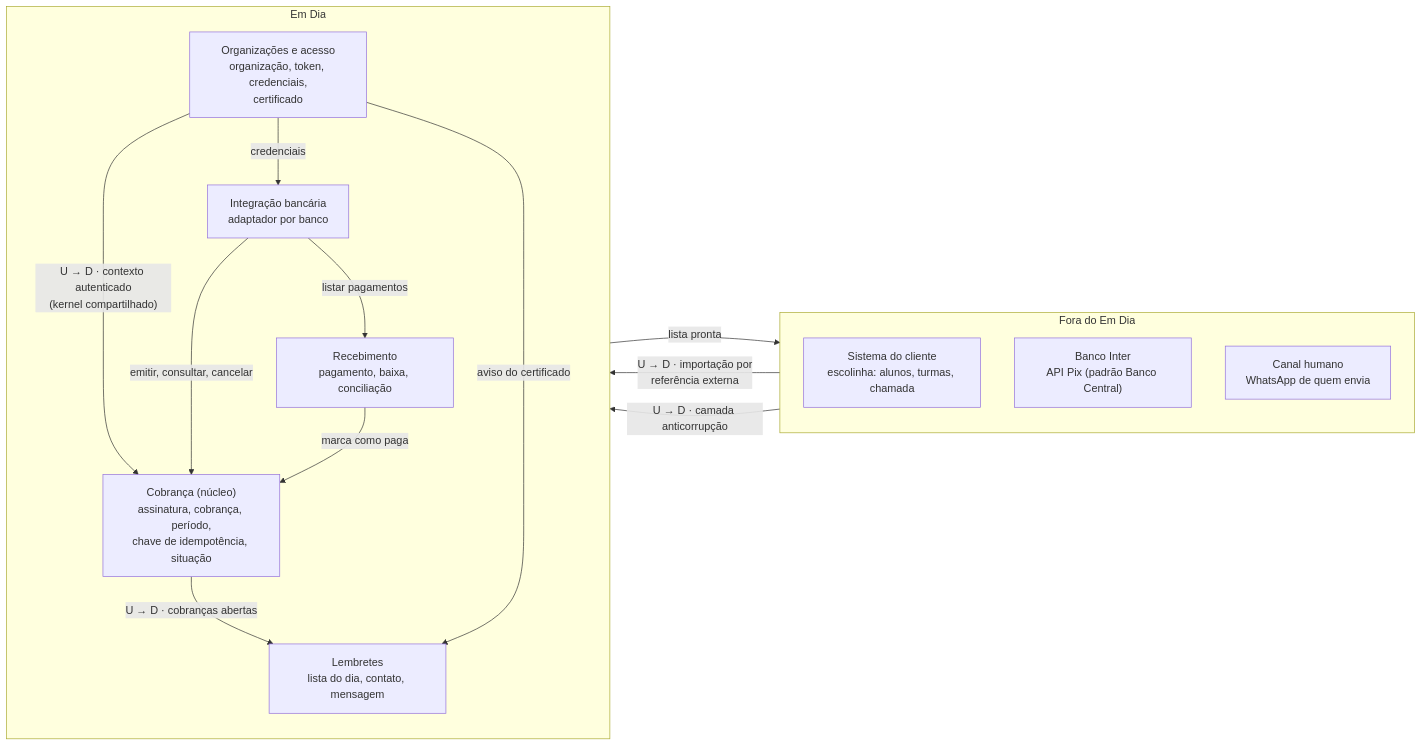
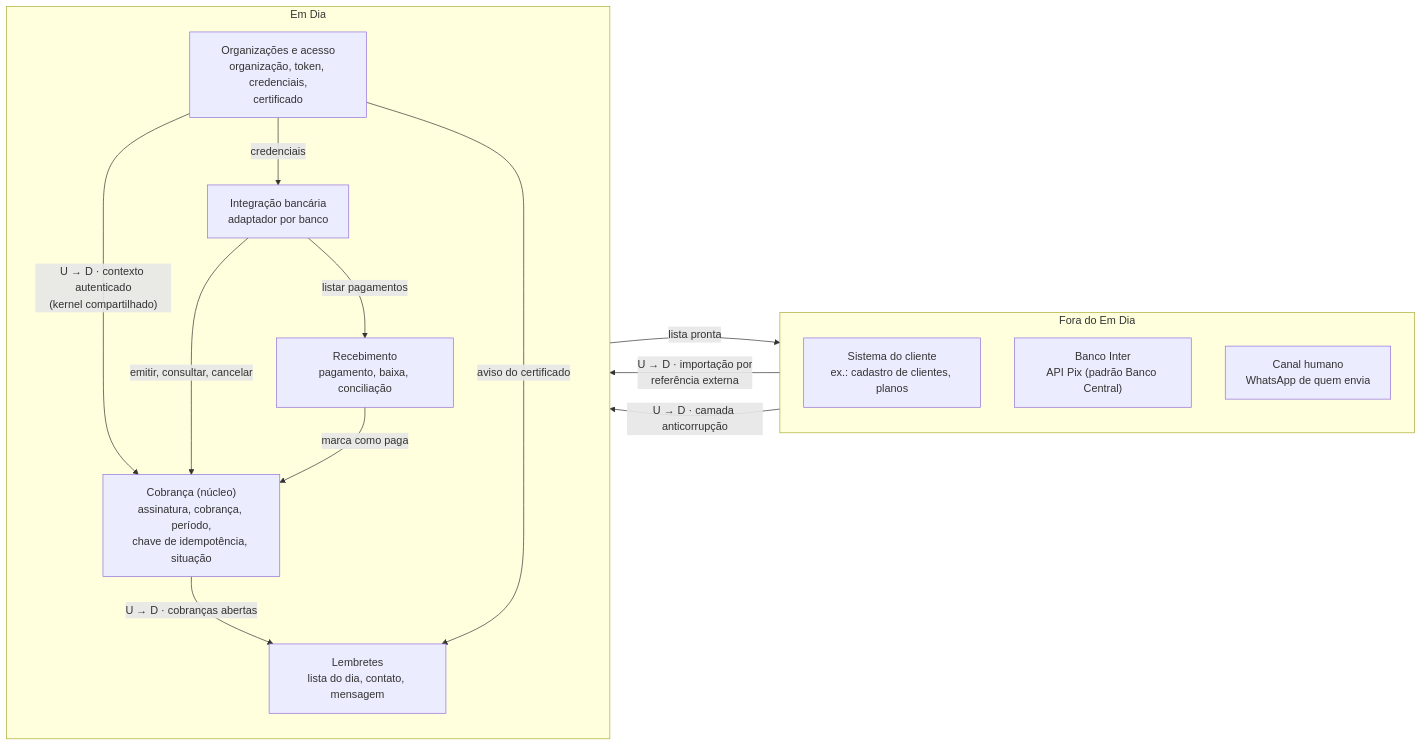
One commit to leonardorudolfocardoso/pix-em-dia changed the first of 9 diagrams in docs/processos.md. Above: the diagram before and after it, drawn with Mermaid. The commit also changed other lines of this file, not shown here.

````diff
--- a/docs/processos.md
+++ b/docs/processos.md
@@ -10,27 +10,27 @@
 ```mermaid
 flowchart LR
   subgraph fora["Fora do Em Dia"]
     direction TB
-    cliente["Sistema do cliente<br/>escolinha: alunos, turmas, chamada"]
+    cliente["Sistema do cliente<br/>ex.: cadastro de clientes, planos"]
     inter["Banco Inter<br/>API Pix (padrão Banco Central)"]
     canal["Canal humano<br/>WhatsApp de quem envia"]
   end
   subgraph emdia["Em Dia"]
     direction TB
     org["Organizações e acesso<br/>organização, token, credenciais,<br/>certificado"]
     cob["Cobrança (núcleo)<br/>assinatura, cobrança, período,<br/>chave de idempotência, situação"]
     rec["Recebimento<br/>pagamento, baixa, conciliação"]
     bco["Integração bancária<br/>adaptador por banco"]
     lem["Lembretes<br/>lista do dia, contato, mensagem"]
   end
   cliente -- "U → D · importação por<br/>referência externa" --> cob
   org -- "U → D · contexto autenticado<br/>(kernel compartilhado)" --> cob
   org -- "credenciais" --> bco
   inter -- "U → D · camada anticorrupção" --> bco
   bco -- "emitir, consultar, cancelar" --> cob
   bco -- "listar pagamentos" --> rec
   rec -- "marca como paga" --> cob
   cob -- "U → D · cobranças abertas" --> lem
   org -- "aviso do certificado" --> lem
   lem -- "lista pronta" --> canal
 ```
````
